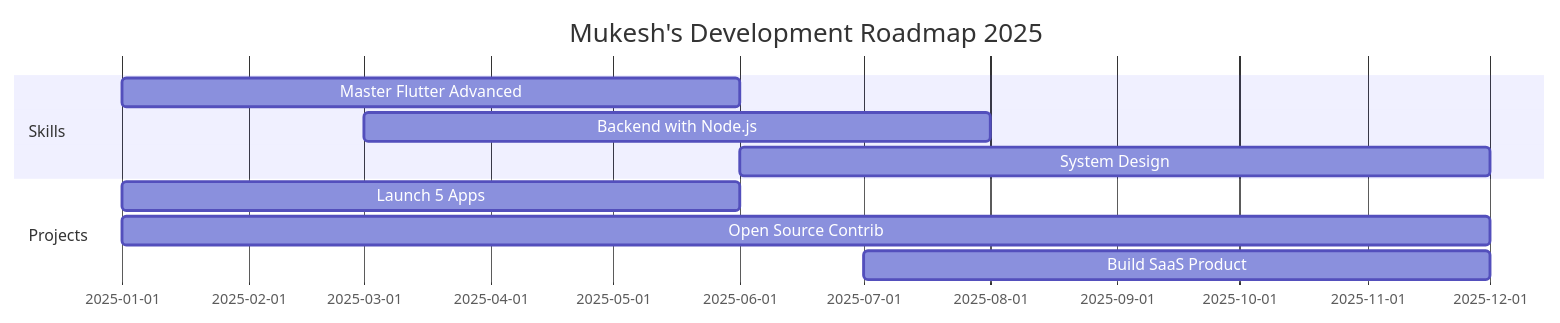
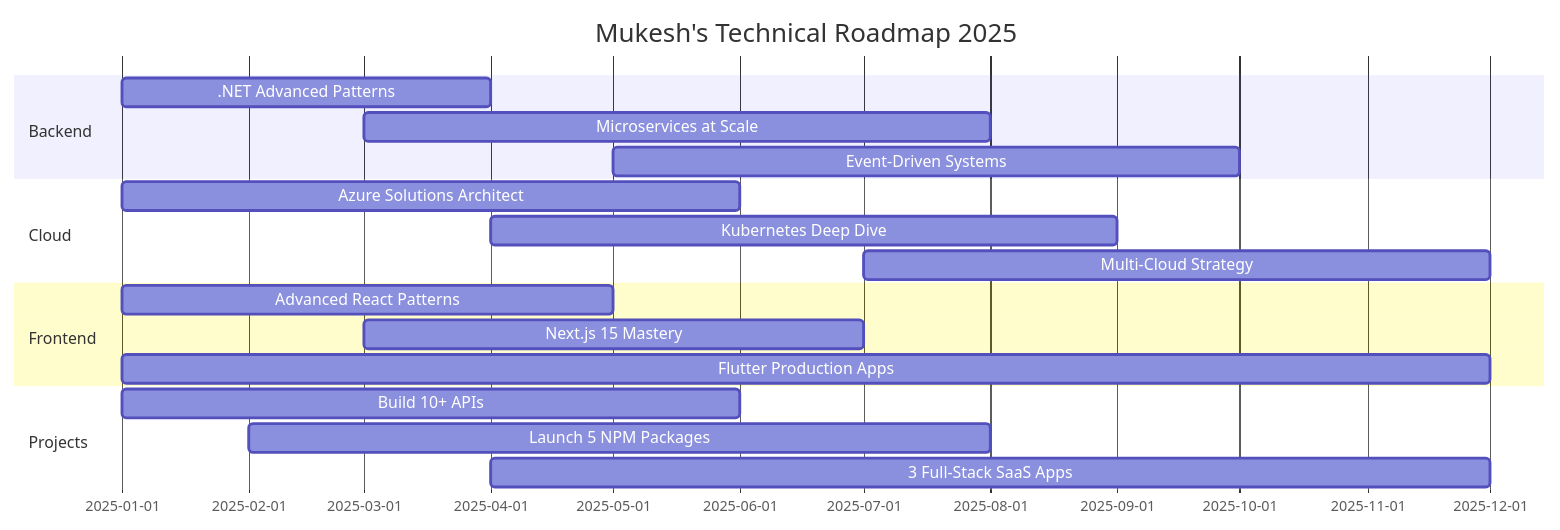
Before and after one commit to mukeshjena/mukeshjena: the diagram in README.md, drawn with Mermaid. The commit also changed other lines of this file, not shown here.

````diff
--- a/README.md
+++ b/README.md
@@ -491,13 +607,21 @@
 ```mermaid
 gantt
-    title Mukesh's Development Roadmap 2025
-    dateFormat  YYYY-MM
-    section Skills
-    Master Flutter Advanced    :2025-01, 2025-06
-    Backend with Node.js      :2025-03, 2025-08
-    System Design            :2025-06, 2025-12
+    title Mukesh's Technical Roadmap 2025
+    dateFormat YYYY-MM
+    section Backend
+    .NET Advanced Patterns    :2025-01, 2025-04
+    Microservices at Scale    :2025-03, 2025-08
+    Event-Driven Systems      :2025-05, 2025-10
+    section Cloud
+    Azure Solutions Architect :2025-01, 2025-06
+    Kubernetes Deep Dive      :2025-04, 2025-09
+    Multi-Cloud Strategy      :2025-07, 2025-12
+    section Frontend
+    Advanced React Patterns   :2025-01, 2025-05
+    Next.js 15 Mastery       :2025-03, 2025-07
+    Flutter Production Apps   :2025-01, 2025-12
     section Projects
-    Launch 5 Apps            :2025-01, 2025-06
-    Open Source Contrib      :2025-01, 2025-12
-    Build SaaS Product       :2025-07, 2025-12
+    Build 10+ APIs           :2025-01, 2025-06
+    Launch 5 NPM Packages    :2025-02, 2025-08
+    3 Full-Stack SaaS Apps   :2025-04, 2025-12
 ```
````
